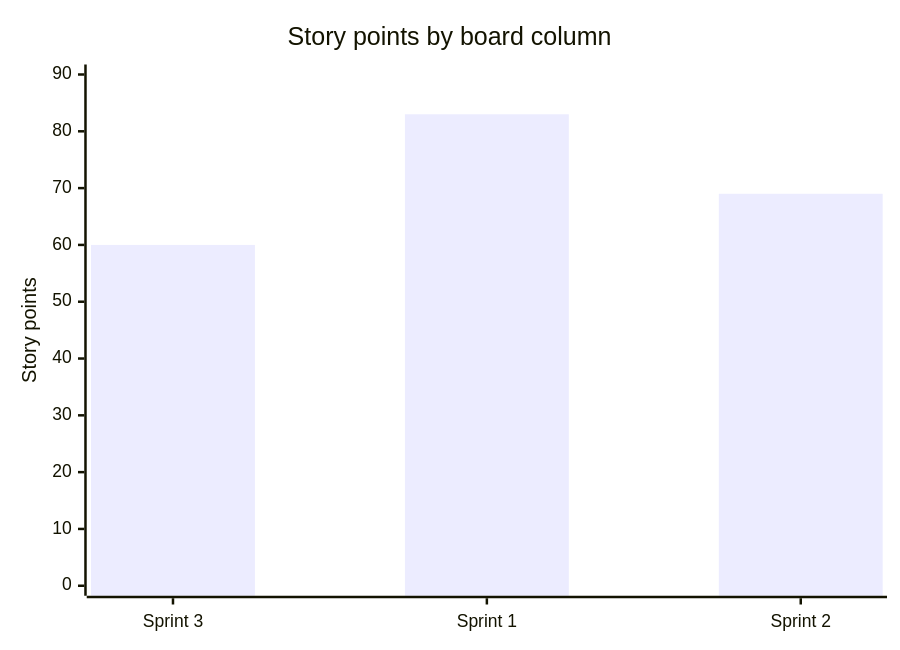
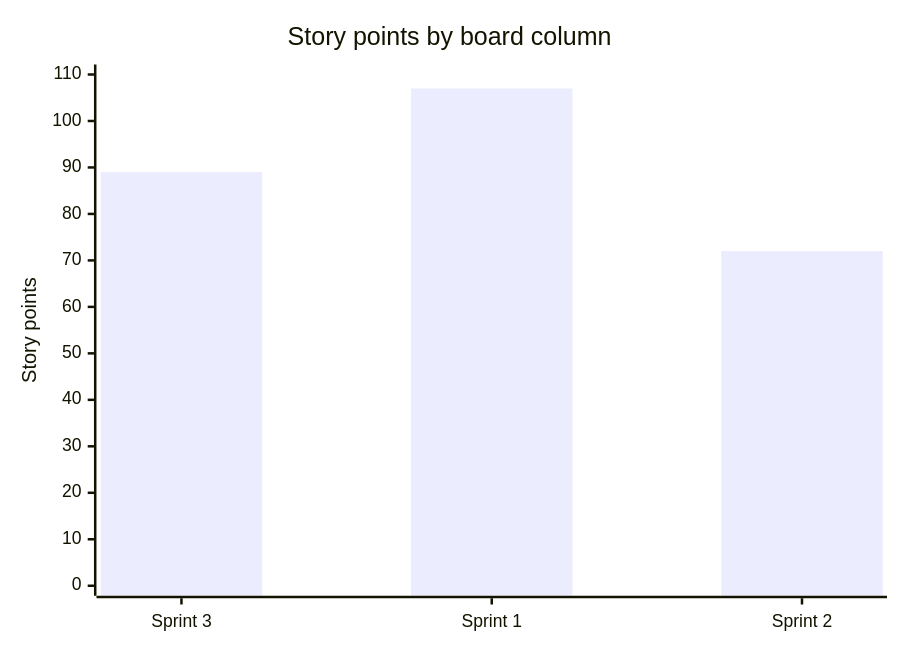
One commit to ZichuanW15/yoir_sample changed the first of 6 diagrams in docs/sprint3/process/process-documentation-and-insights.md. Above: the diagram before and after it, drawn with Mermaid. The commit also changed other lines of this file, not shown here.

````diff
--- a/docs/sprint3/process/process-documentation-and-insights.md
+++ b/docs/sprint3/process/process-documentation-and-insights.md
@@ -143,7 +139,7 @@
 ```mermaid
 xychart-beta
     title "Story points by board column"
     x-axis ["Sprint 3", "Sprint 1", "Sprint 2"]
-    y-axis "Story points" 0 --> 90
-    bar [60, 83, 69]
+    y-axis "Story points" 0 --> 110
+    bar [89, 107, 72]
 ```
````
